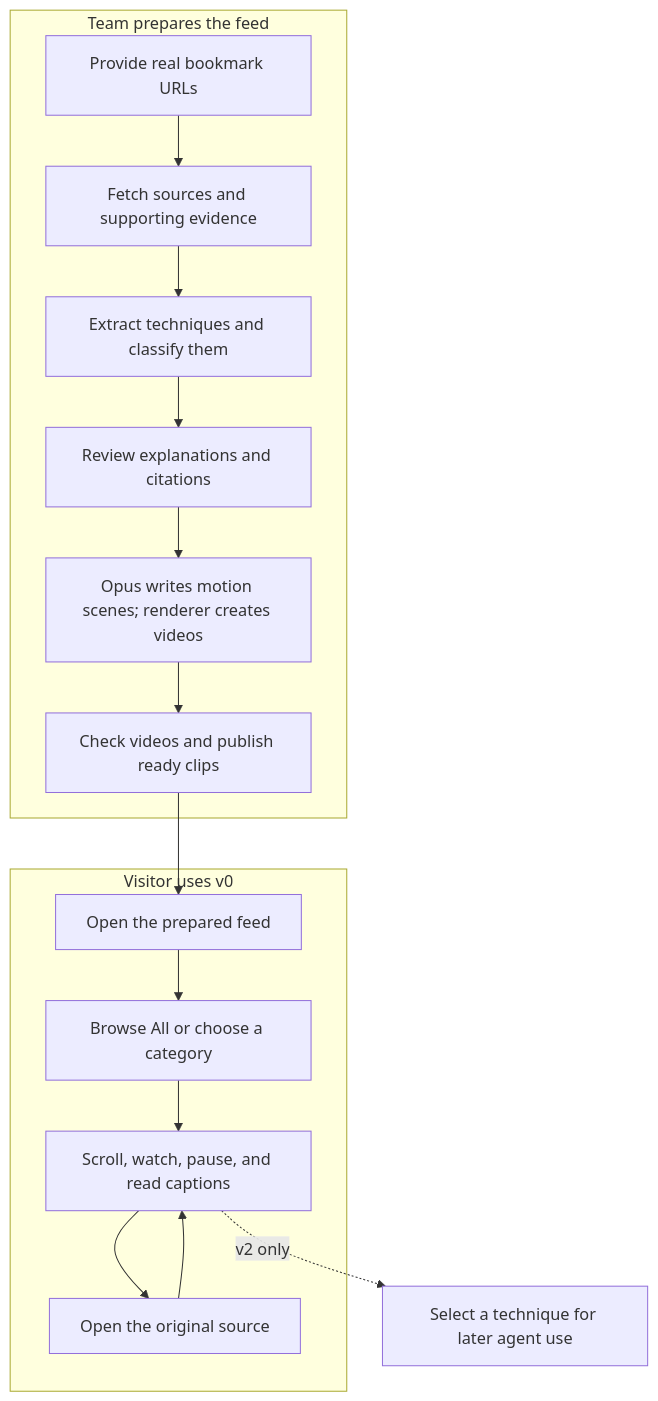
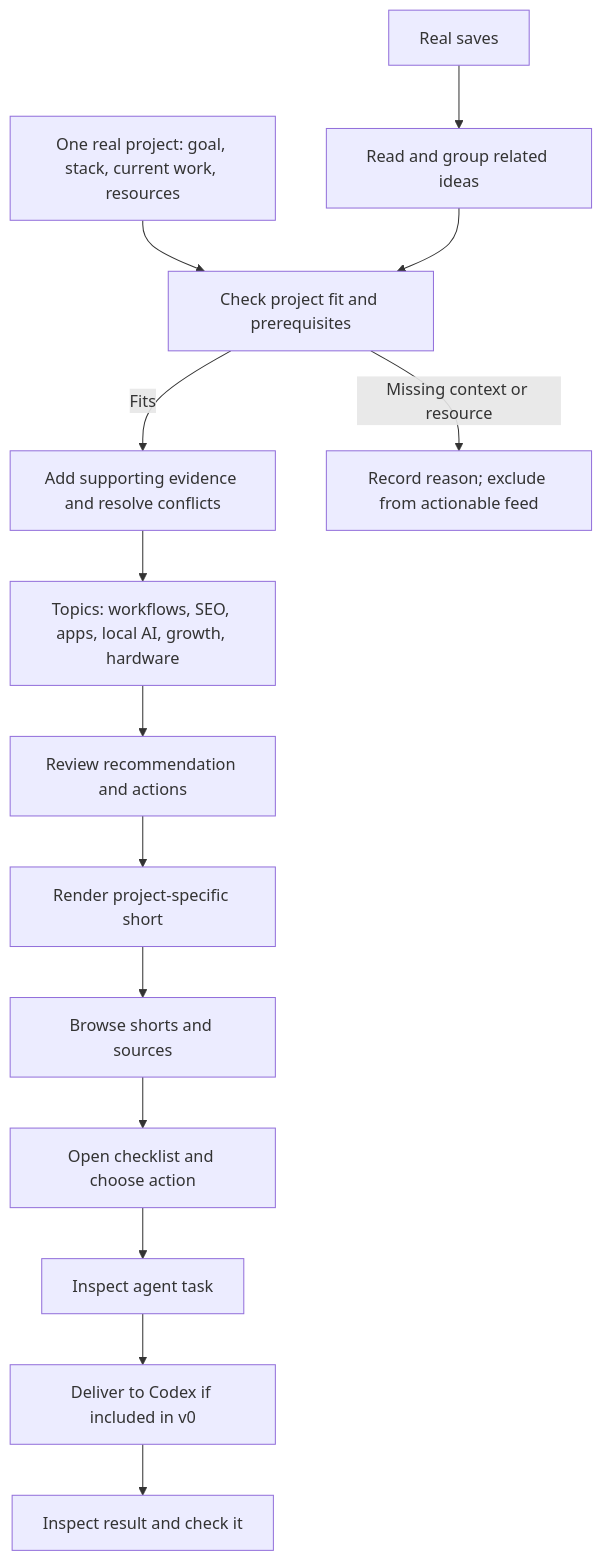
One commit to AnalystTom/Major-League-Hacking-Hack- changed the diagram in docs/v0-spec.md. Above: the diagram before and after it, drawn with Mermaid. The commit also changed other lines of this file, not shown here.

Commit message:
docs: apply saved ideas to a prepared project

````diff
--- a/docs/v0-spec.md
+++ b/docs/v0-spec.md
@@ -50,18 +51,16 @@
 ```mermaid
 flowchart TD
-  subgraph Preparation["Team prepares the feed"]
-    A["Provide real bookmark URLs"] --> B["Fetch sources and supporting evidence"]
-    B --> C["Extract techniques and classify them"]
-    C --> D["Review explanations and citations"]
-    D --> E["Opus writes motion scenes; renderer creates videos"]
-    E --> F["Check videos and publish ready clips"]
-  end
-  subgraph Visitor["Visitor uses v0"]
-    F --> G["Open the prepared feed"]
-    G --> H["Browse All or choose a category"]
-    H --> I["Scroll, watch, pause, and read captions"]
-    I --> J["Open the original source"]
-    J --> I
-  end
-  I -. "v2 only" .-> K["Select a technique for later agent use"]
+  A["Real saves"] --> B["Read and group related ideas"]
+  P["One real project: goal, stack, current work, resources"] --> C["Check project fit and prerequisites"]
+  B --> C
+  C -->|"Fits"| D["Add supporting evidence and resolve conflicts"]
+  C -->|"Missing context or resource"| E["Record reason; exclude from actionable feed"]
+  D --> T["Topics: workflows, SEO, apps, local AI, growth, hardware"]
+  T --> F["Review recommendation and actions"]
+  F --> G["Render project-specific short"]
+  G --> H["Browse shorts and sources"]
+  H --> I["Open checklist and choose action"]
+  I --> J["Inspect agent task"]
+  J --> K["Deliver to Codex if included in v0"]
+  K --> L["Inspect result and check it"]
 ```
````
